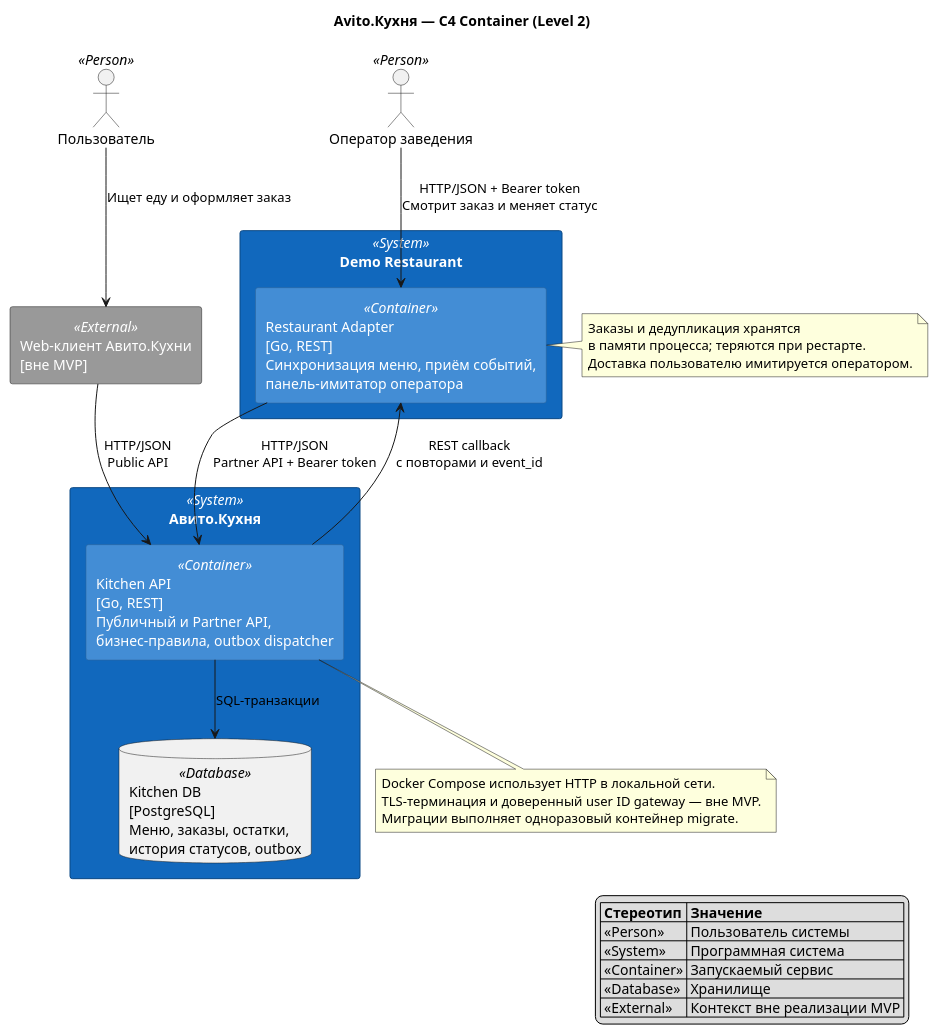
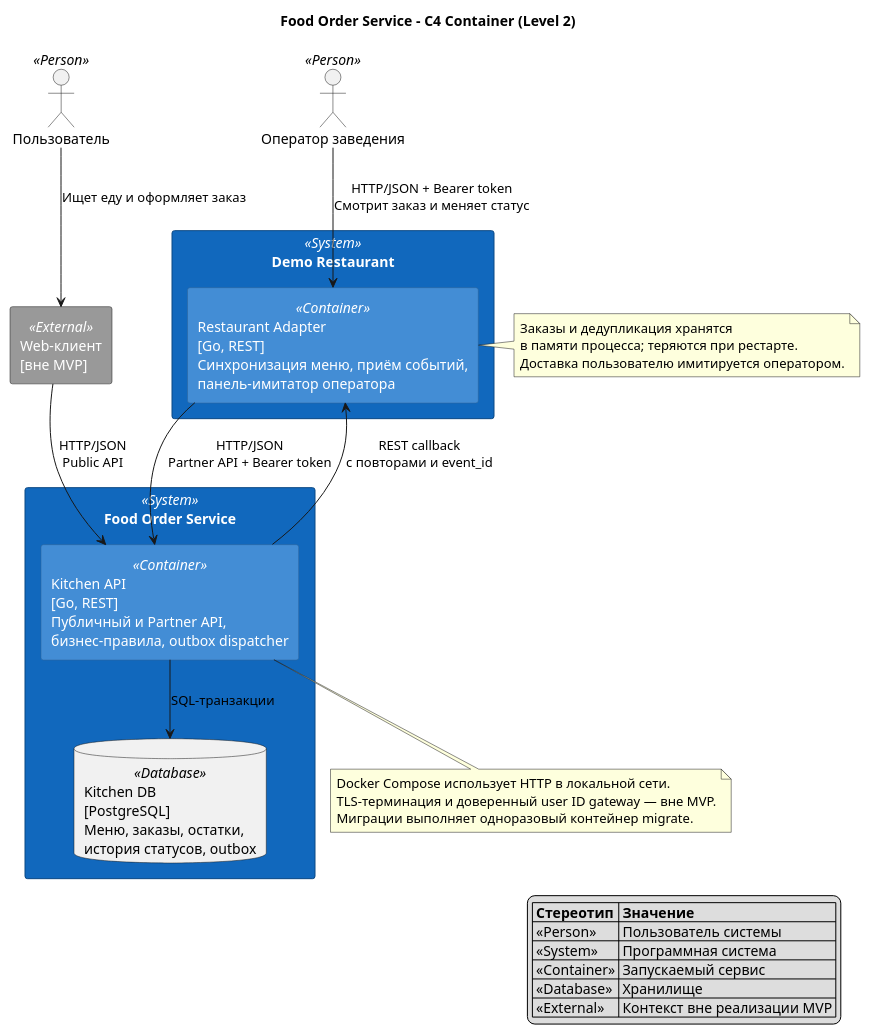
One commit to l3ssthanthree/food-order-service changed the diagram in docs/c4-container.puml. Above: the diagram before and after it, drawn with PlantUML. The commit also changed 9 other files, not shown here.

Commit message:
docs: present Food Order Service for backend portfolio

```diff
--- a/docs/c4-container.puml
+++ b/docs/c4-container.puml
@@ -1,62 +1,62 @@
 @startuml
-title Avito.Кухня — C4 Container (Level 2)
+title Food Order Service - C4 Container (Level 2)
 
 skinparam shadowing false
 skinparam rectangle {
   BackgroundColor<<Person>> #08427B
   FontColor<<Person>> white
   BorderColor<<Person>> #052E56
   BackgroundColor<<System>> #1168BD
   FontColor<<System>> white
   BorderColor<<System>> #0B4884
   BackgroundColor<<Container>> #438DD5
   FontColor<<Container>> white
   BorderColor<<Container>> #2E6295
   BackgroundColor<<Database>> #438DD5
   FontColor<<Database>> white
   BorderColor<<Database>> #2E6295
   BackgroundColor<<External>> #999999
   FontColor<<External>> white
 }
 
 actor user as "Пользователь" <<Person>>
 actor operator as "Оператор заведения" <<Person>>
-rectangle web as "Web-клиент Авито.Кухни\n[вне MVP]" <<External>>
+rectangle web as "Web-клиент\n[вне MVP]" <<External>>
 
-rectangle kitchen_boundary as "Авито.Кухня" <<System>> {
+rectangle kitchen_boundary as "Food Order Service" <<System>> {
   rectangle api as "Kitchen API\n[Go, REST]\nПубличный и Partner API,\nбизнес-правила, outbox dispatcher" <<Container>>
   database db as "Kitchen DB\n[PostgreSQL]\nМеню, заказы, остатки,\nистория статусов, outbox" <<Database>>
 }
 
 rectangle restaurant_boundary as "Demo Restaurant" <<System>> {
   rectangle restaurant as "Restaurant Adapter\n[Go, REST]\nСинхронизация меню, приём событий,\nпанель-имитатор оператора" <<Container>>
 }
 
 note right of restaurant
   Заказы и дедупликация хранятся
   в памяти процесса; теряются при рестарте.
   Доставка пользователю имитируется оператором.
 end note
 
 user --> web : Ищет еду и оформляет заказ
 web --> api : HTTP/JSON\nPublic API
 operator --> restaurant : HTTP/JSON + Bearer token\nСмотрит заказ и меняет статус
 restaurant --> api : HTTP/JSON\nPartner API + Bearer token
 api --> restaurant : REST callback\nс повторами и event_id
 api --> db : SQL-транзакции
 
 note bottom of api
   Docker Compose использует HTTP в локальной сети.
   TLS-терминация и доверенный user ID gateway — вне MVP.
   Миграции выполняет одноразовый контейнер migrate.
 end note
 
 legend right
   |= Стереотип |= Значение |
   | <<Person>> | Пользователь системы |
   | <<System>> | Программная система |
   | <<Container>> | Запускаемый сервис |
   | <<Database>> | Хранилище |
   | <<External>> | Контекст вне реализации MVP |
 endlegend
 @enduml
```
